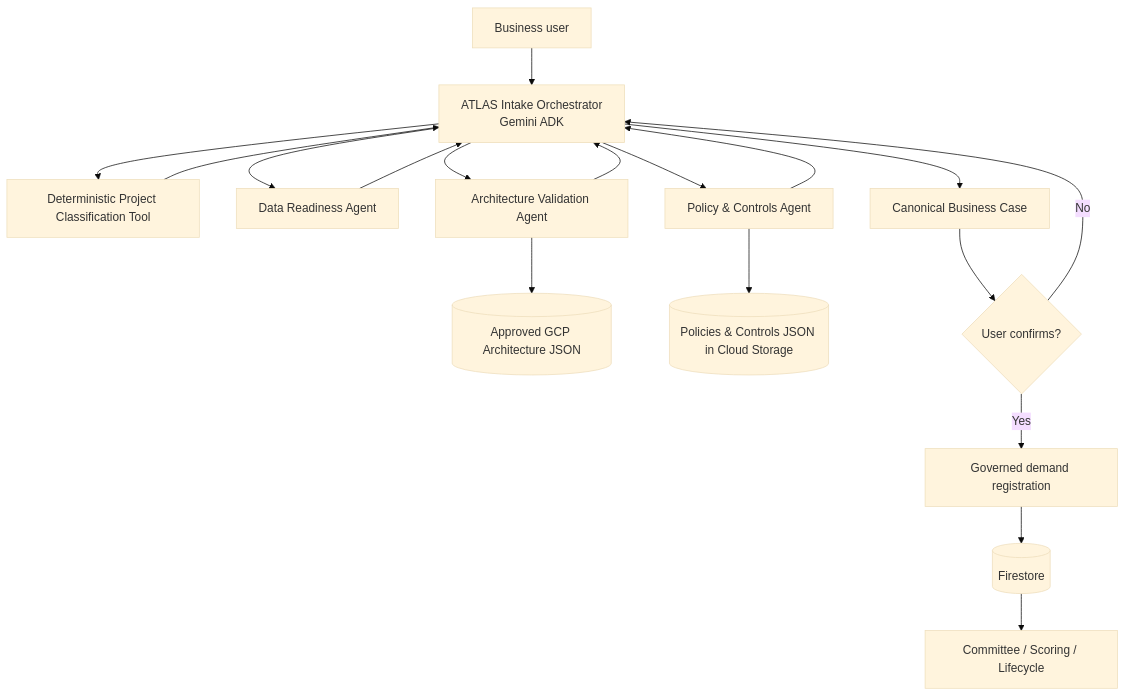
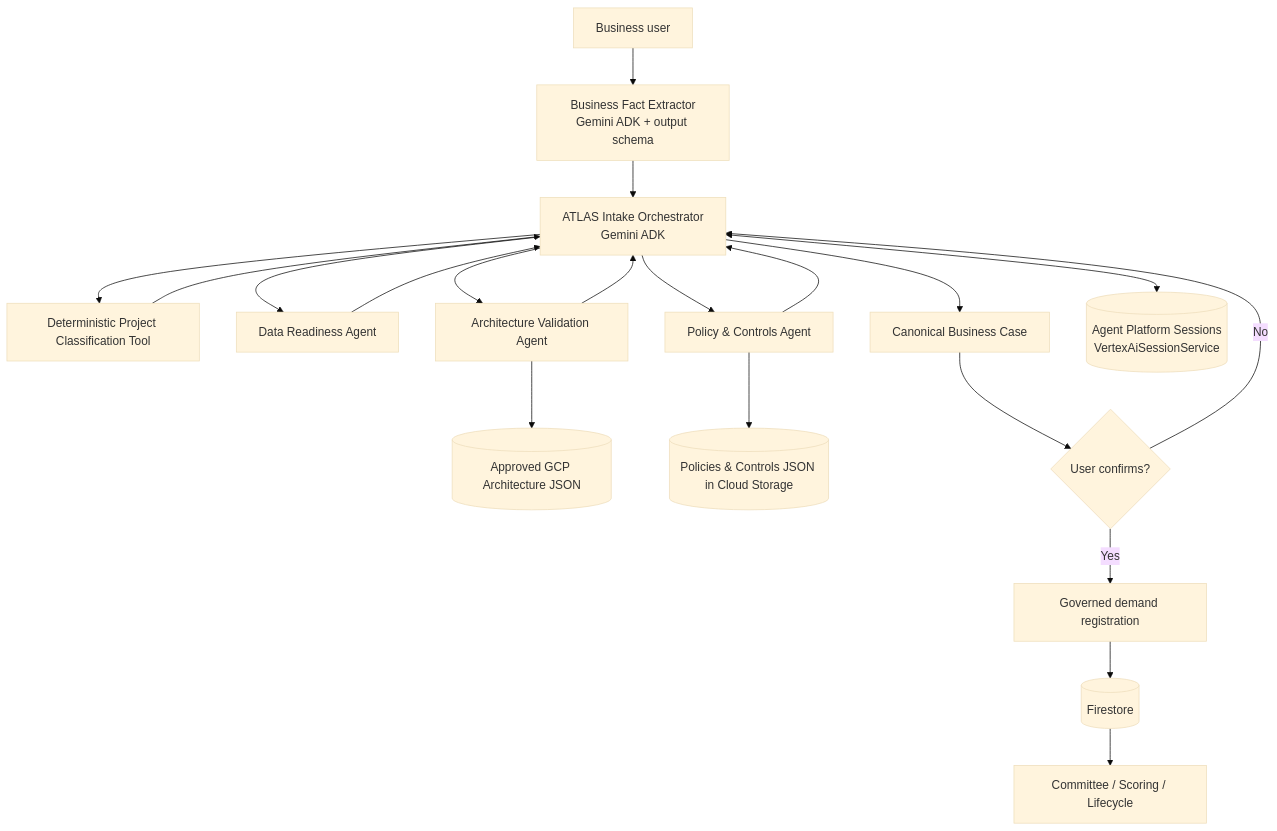
Before and after one commit to JuliusCordova/portafoliodatagob: the diagram in docs/development/FEATURE_54_CONVERSATIONAL_GOVERNED_INTAKE_ADK.md, drawn with Mermaid (base theme). The commit also changed other lines of this file, not shown here.

Commit message:
Feature 54 · Update spec for governed readiness and durable sessions

````diff
--- a/docs/development/FEATURE_54_CONVERSATIONAL_GOVERNED_INTAKE_ADK.md
+++ b/docs/development/FEATURE_54_CONVERSATIONAL_GOVERNED_INTAKE_ADK.md
@@ -16,20 +18,22 @@
 ```mermaid
 flowchart TD
-    U[Business user] --> O[ATLAS Intake Orchestrator\nGemini ADK]
+    U[Business user] --> F[Business Fact Extractor\nGemini ADK + output schema]
+    F --> O[ATLAS Intake Orchestrator\nGemini ADK]
     O --> C[Deterministic Project Classification Tool]
     O --> D[Data Readiness Agent]
     O --> A[Architecture Validation Agent]
     O --> P[Policy & Controls Agent]
     A --> AC[(Approved GCP Architecture JSON)]
     P --> PC[(Policies & Controls JSON in Cloud Storage)]
     D --> O
     A --> O
     P --> O
     C --> O
     O --> BC[Canonical Business Case]
+    O <--> S[(Agent Platform Sessions\nVertexAiSessionService)]
     BC --> CONF{User confirms?}
     CONF -->|No| O
     CONF -->|Yes| REG[Governed demand registration]
     REG --> FIRE[(Firestore)]
     FIRE --> COM[Committee / Scoring / Lifecycle]
 ```
````
